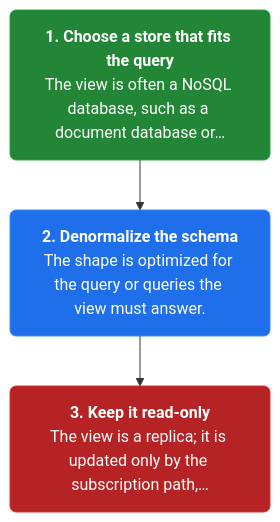
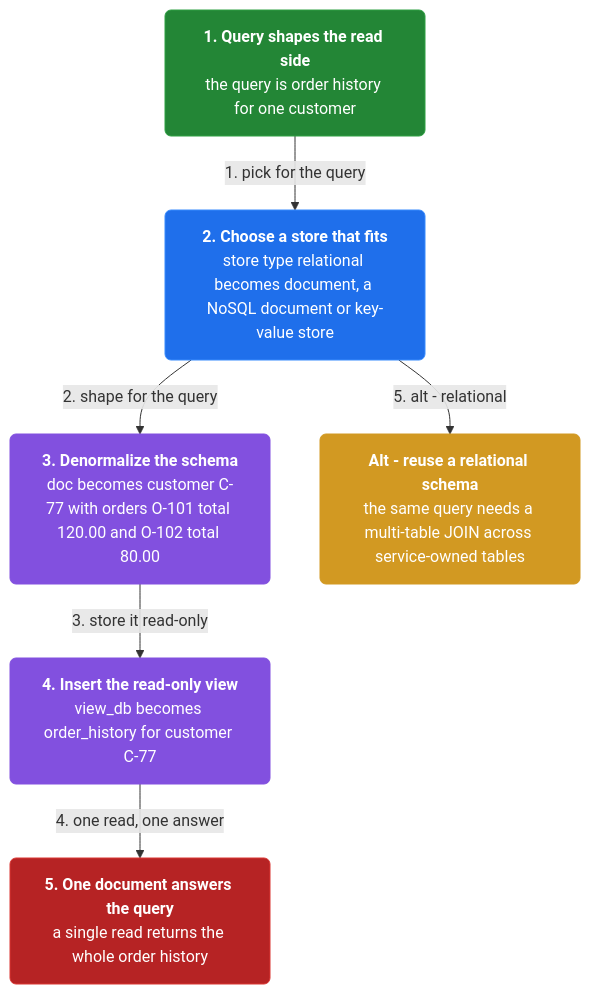
One commit to vinayakuber/microservices-io-study-guide changed the second of 4 diagrams in docs/ch22-cqrs.md. Above: the diagram before and after it, drawn with Mermaid. The commit also changed other lines of this file and 46 other files, not shown here.

First line of the commit message:
Author rich branching flow diagrams for all 44 chapters

````diff
--- a/docs/ch22-cqrs.md
+++ b/docs/ch22-cqrs.md
@@ -52,11 +62,19 @@
 ```mermaid
 flowchart TD
-  classDef step fill:#1f6feb,color:#ffffff,stroke:#388bfd,stroke-width:1px,rx:6
+  classDef step fill:#1f6feb,color:#ffffff,stroke:#388bfd,rx:6
+  classDef core fill:#8250df,color:#ffffff,stroke:#8250df,rx:6
+  classDef warn fill:#d29922,color:#ffffff,stroke:#d29922,rx:6
   classDef start fill:#238636,color:#ffffff,stroke:#2ea043,rx:6
   classDef stop fill:#b62324,color:#ffffff,stroke:#da3633,rx:6
-  s1n0["<b>1. Choose a store that fits the query</b><br/>The view is often a NoSQL database, such as a document database or…"]:::start
-  s1n1["<b>2. Denormalize the schema</b><br/>The shape is optimized for the query or queries the view must answer."]:::step
-  s1n2["<b>3. Keep it read-only</b><br/>The view is a replica; it is updated only by the subscription path,…"]:::stop
-  s1n0 --> s1n1
-  s1n1 --> s1n2
+  n0["<b>1. Query shapes the read side</b><br/>the query is order history for one customer"]:::start
+  n1["<b>2. Choose a store that fits</b><br/>store type relational becomes document, a NoSQL document or key-value store"]:::step
+  n2["<b>3. Denormalize the schema</b><br/>doc becomes customer C-77 with orders O-101 total 120.00 and O-102 total 80.00"]:::core
+  n3["<b>4. Insert the read-only view</b><br/>view_db becomes order_history for customer C-77"]:::core
+  n4["<b>5. One document answers the query</b><br/>a single read returns the whole order history"]:::stop
+  n5["<b>Alt - reuse a relational schema</b><br/>the same query needs a multi-table JOIN across service-owned tables"]:::warn
+  n0 -->|"1. pick for the query"| n1
+  n1 -->|"2. shape for the query"| n2
+  n2 -->|"3. store it read-only"| n3
+  n3 -->|"4. one read, one answer"| n4
+  n1 -->|"5. alt - relational"| n5
 ```
````
